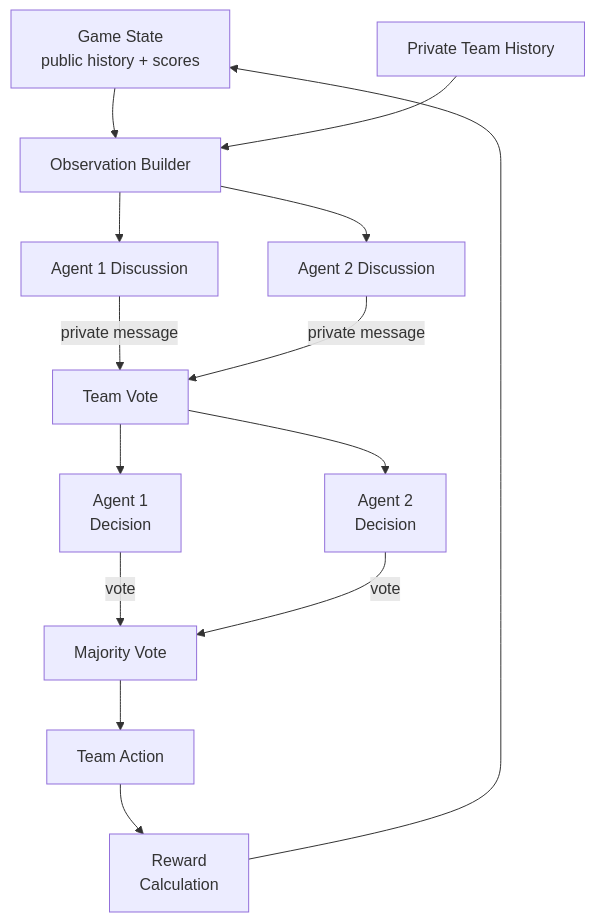
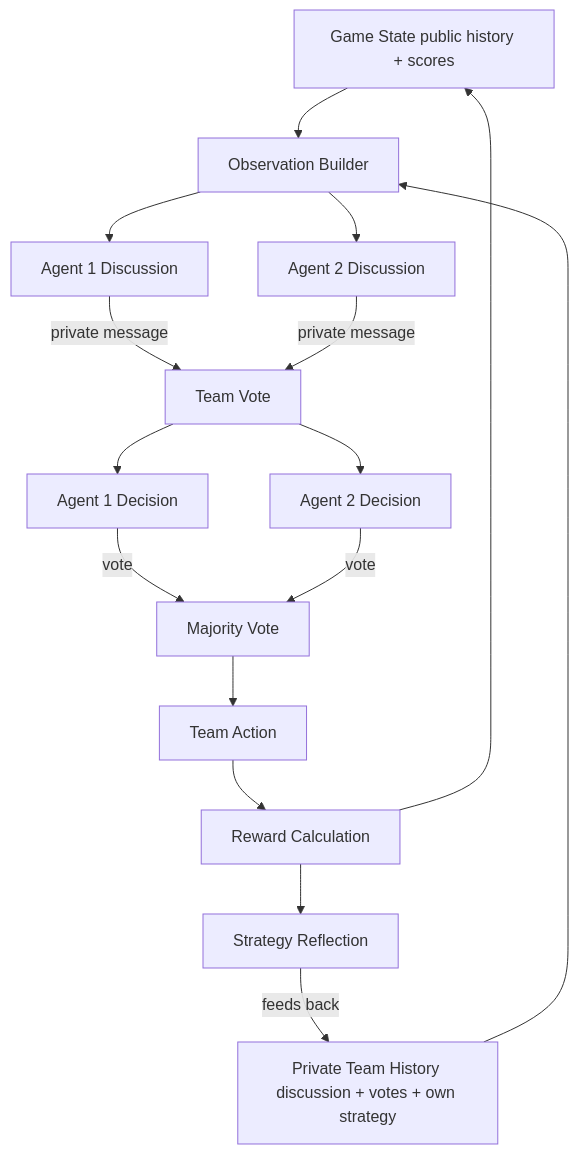
One commit to 1DZL0/research-notebook changed the diagram in 03-experiments/prisoners-dilemma.qmd. Above: the diagram before and after it, drawn with Mermaid. The commit also changed other lines of this file and 2 other files, not shown here.

````diff
--- a/03-experiments/prisoners-dilemma.qmd
+++ b/03-experiments/prisoners-dilemma.qmd
@@ -40,21 +34,23 @@
 ```{mermaid}
 flowchart TD
-    GS[Game State\npublic history + scores] --> OA[Observation Builder]
-    TH[Private Team History] --> OA
+    GS[Game State public history + scores] --> OA[Observation Builder]
+    TH[Private Team History discussion + votes + own strategy] --> OA
 
     OA --> D1[Agent 1 Discussion]
     OA --> D2[Agent 2 Discussion]
 
     D1 -->|private message| TV[Team Vote]
     D2 -->|private message| TV
 
-    TV --> DA1[Agent 1\nDecision]
-    TV --> DA2[Agent 2\nDecision]
+    TV --> DA1[Agent 1 Decision]
+    TV --> DA2[Agent 2 Decision]
 
     DA1 -->|vote| MV[Majority Vote]
     DA2 -->|vote| MV
 
     MV --> TA[Team Action]
-    TA --> RM[Reward\nCalculation]
+    TA --> RM[Reward Calculation]
+    RM --> SR[Strategy Reflection]
+    SR -->|feeds back| TH
     RM --> GS
 ```
````
